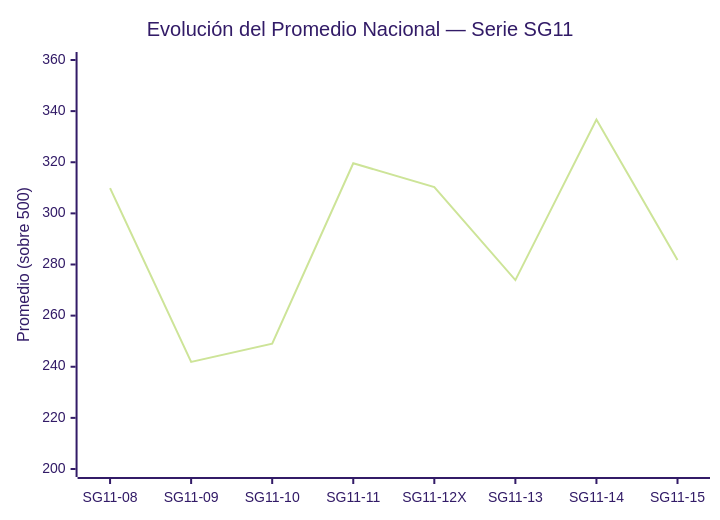
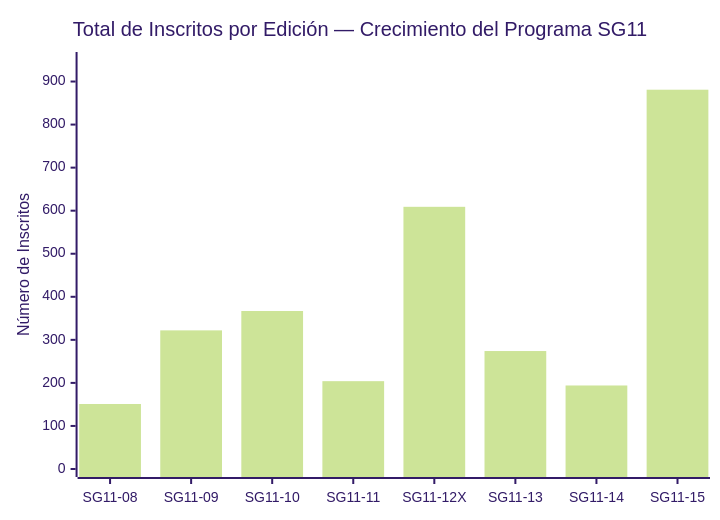
Before and after one commit to daniel-alt-pages/propuestas: the second of 5 diagrams in reporte_detallado_sg11_13.md, drawn with Mermaid (forest theme). The commit also changed other lines of this file, not shown here.

````diff
--- a/reporte_detallado_sg11_13.md
+++ b/reporte_detallado_sg11_13.md
@@ -217,7 +78,7 @@
 ```mermaid
 xychart-beta
-    title "Evolución del Promedio Nacional — Serie SG11"
+    title "Total de Inscritos por Edición — Crecimiento del Programa SG11"
     x-axis ["SG11-08", "SG11-09", "SG11-10", "SG11-11", "SG11-12X", "SG11-13", "SG11-14", "SG11-15"]
-    y-axis "Promedio (sobre 500)" 200 --> 360
-    line [309.9, 241.9, 249.0, 319.6, 310.3, 273.9, 336.7, 281.8]
+    y-axis "Número de Inscritos" 0 --> 950
+    bar [151, 322, 367, 204, 609, 274, 194, 881]
 ```
````
